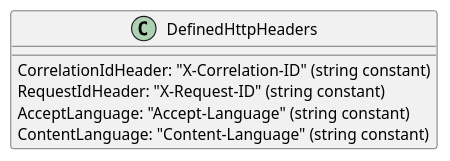
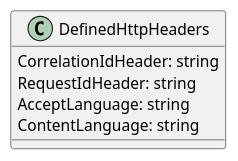
Before and after one commit to mwwhited-forks/dotnet-libs: the second of 4 diagrams in docs/generated/Framework/Eliassen.System.Abstractions/Net/Http/Documentation.md, drawn with PlantUML. The commit also changed other lines of this file and 444 other files, not shown here.

````diff
--- a/docs/generated/Framework/Eliassen.System.Abstractions/Net/Http/Documentation.md
+++ b/docs/generated/Framework/Eliassen.System.Abstractions/Net/Http/Documentation.md
@@ -31,11 +44,8 @@
 ```plantuml
-@startuml
 class DefinedHttpHeaders {
-  CorrelationIdHeader: "X-Correlation-ID" (string constant)
-  RequestIdHeader: "X-Request-ID" (string constant)
-  AcceptLanguage: "Accept-Language" (string constant)
-  ContentLanguage: "Content-Language" (string constant)
+    CorrelationIdHeader: string
+    RequestIdHeader: string
+    AcceptLanguage: string
+    ContentLanguage: string
 }
-
-@enduml
 ```
````
